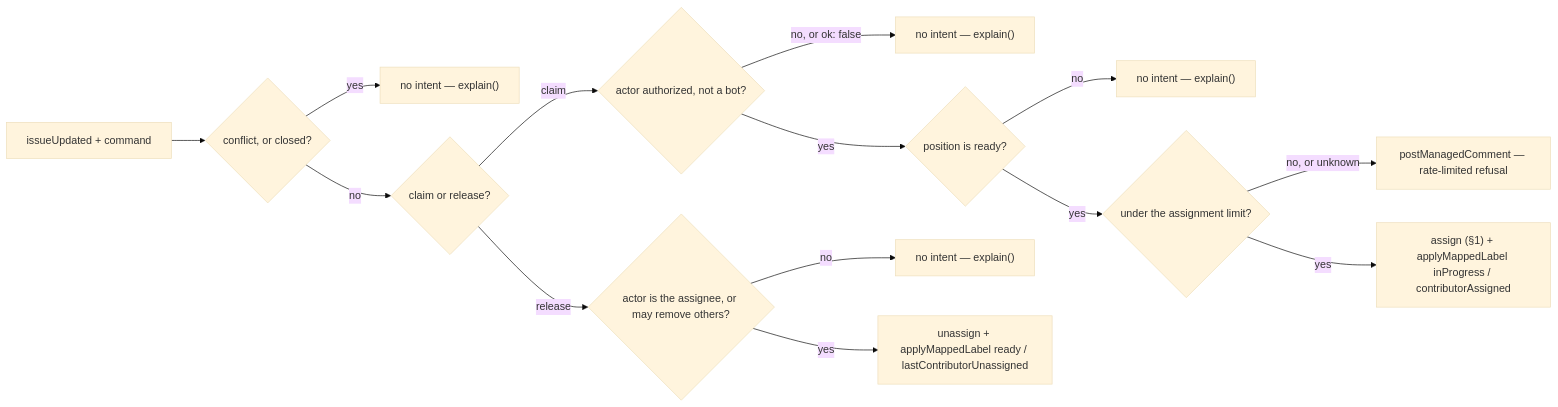
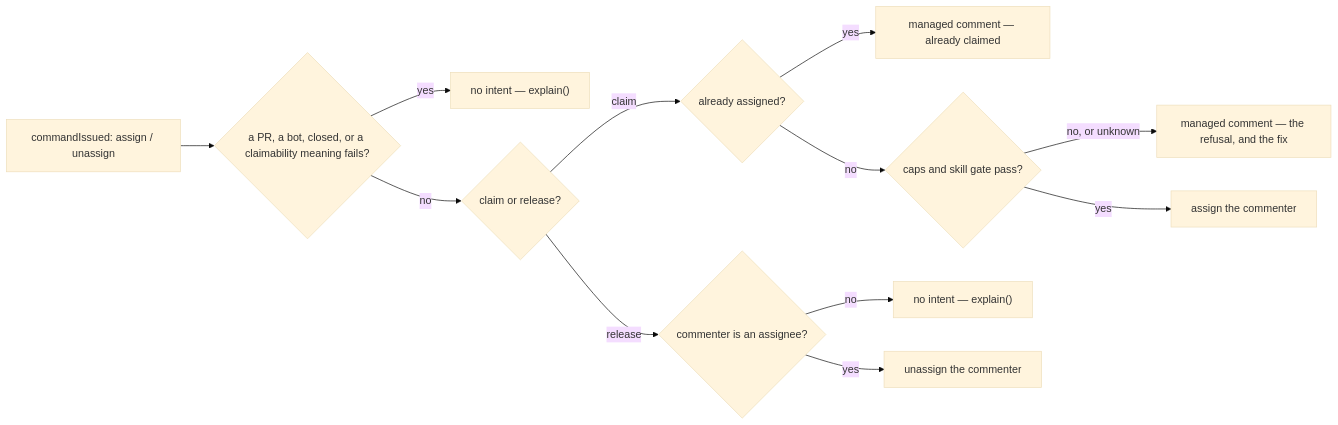
Before and after one commit to cheese-cakee/sdk-automations: the diagram in design/guides/capabilities/assignment.md, drawn with Mermaid (base theme). The commit also changed other lines of this file and 457 other files, not shown here.

````diff
--- a/design/guides/capabilities/assignment.md
+++ b/design/guides/capabilities/assignment.md
@@ -28,16 +152,14 @@
 ```mermaid
 flowchart LR
-    O["issueUpdated + command"] --> CF{"conflict, or closed?"}
-    CF -->|yes| N0["no intent — explain()"]
-    CF -->|no| K{"claim or release?"}
-    K -->|claim| AU{"actor authorized, not a bot?"}
-    AU -->|"no, or ok: false"| N1["no intent — explain()"]
-    AU -->|yes| P{"position is ready?"}
-    P -->|no| N2["no intent — explain()"]
-    P -->|yes| L{"under the assignment limit?"}
-    L -->|"no, or unknown"| C1["postManagedComment — rate-limited refusal"]
-    L -->|yes| I1["assign (§1) + applyMappedLabel inProgress / contributorAssigned"]
-    K -->|release| RA{"actor is the assignee, or may remove others?"}
-    RA -->|no| N3["no intent — explain()"]
-    RA -->|yes| I2["unassign + applyMappedLabel ready / lastContributorUnassigned"]
+    O["commandIssued: assign / unassign"] --> B{"a PR, a bot, closed, or a claimability meaning fails?"}
+    B -->|yes| N["no intent — explain()"]
+    B -->|no| K{"claim or release?"}
+    K -->|claim| A{"already assigned?"}
+    A -->|yes| C1["managed comment — already claimed"]
+    A -->|no| L{"caps and skill gate pass?"}
+    L -->|"no, or unknown"| C2["managed comment — the refusal, and the fix"]
+    L -->|yes| W["assign the commenter"]
+    K -->|release| R{"commenter is an assignee?"}
+    R -->|no| N2["no intent — explain()"]
+    R -->|yes| W2["unassign the commenter"]
 ```
````
